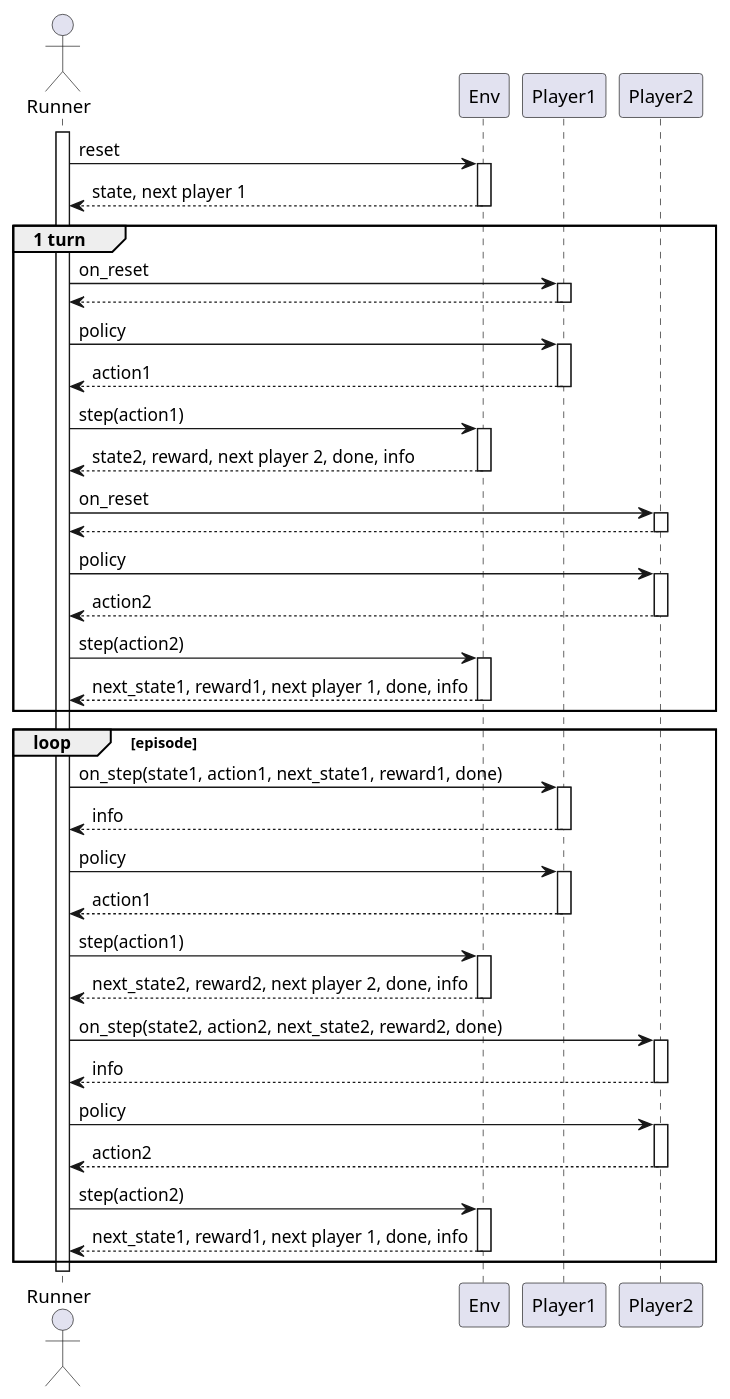
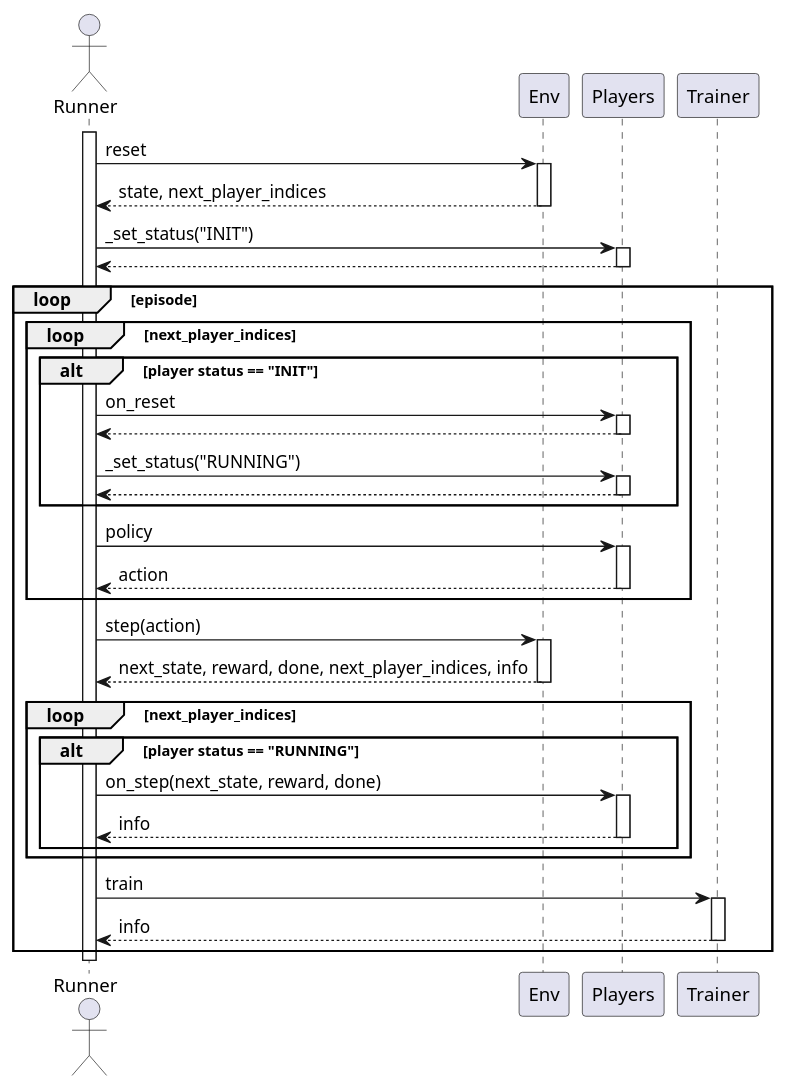
One commit to pocokhc/simple_distributed_rl changed the diagram in diagrams/multiplay_flow.pu. Above: the diagram before and after it, drawn with PlantUML. The commit also changed 94 other files, not shown here.

```diff
--- a/diagrams/multiplay_flow.pu
+++ b/diagrams/multiplay_flow.pu
@@ -1,59 +1,47 @@
 @startuml
 autoactivate on
 
 actor Runner
 participant Env
-participant Player1
-participant Player2
-
+participant Players
+participant Trainer
 
 activate Runner
 
 Runner -> Env: reset
-return state, next player 1
+return state, next_player_indices
 
-group 1 turn
-    Runner -> Player1: on_reset
-    return
-
-    Runner -> Player1: policy
-    return action1
-
-    Runner -> Env: step(action1)
-    return state2, reward, next player 2, done, info
-
-    Runner -> Player2: on_reset
-    return
-
-    Runner -> Player2: policy
-    return action2
-
-    Runner -> Env: step(action2)
-    return next_state1, reward1, next player 1, done, info
-
-end
+Runner -> Players: _set_status("INIT")
+return
 
 loop episode
 
-    Runner -> Player1: on_step(state1, action1, next_state1, reward1, done)
+    loop next_player_indices
+        alt player status == "INIT"
+            Runner -> Players: on_reset
+            return
+            Runner -> Players: _set_status("RUNNING")
+            return
+        end
+
+        Runner -> Players: policy
+        return action
+    end
+
+    Runner -> Env: step(action)
+    return next_state, reward, done, next_player_indices, info
+
+    loop next_player_indices
+        alt player status == "RUNNING"
+            Runner -> Players: on_step(next_state, reward, done)
+            return info
+        end
+    end
+
+    Runner -> Trainer: train
     return info
-
-    Runner -> Player1: policy
-    return action1
-
-    Runner -> Env: step(action1)
-    return next_state2, reward2, next player 2, done, info
-
-    Runner -> Player2: on_step(state2, action2, next_state2, reward2, done)
-    return info
-
-    Runner -> Player2: policy
-    return action2
-
-    Runner -> Env: step(action2)
-    return next_state1, reward1, next player 1, done, info
 
 end
 deactivate Runner
 
 @enduml
```
